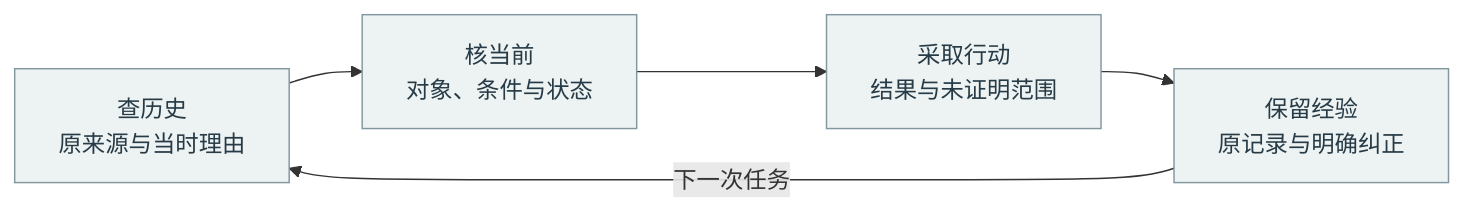
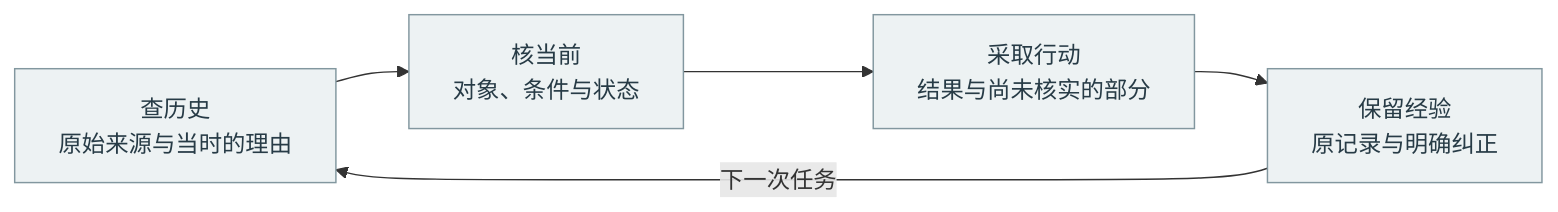
The diagram in diagrams/memory.mmd (HengYangDS/rethinking-work), drawn with Mermaid before and after one commit. The commit also changed 45 other files, not shown here.

```diff
--- a/diagrams/memory.mmd
+++ b/diagrams/memory.mmd
@@ -1,9 +1,9 @@
 flowchart LR
- A["查历史<br/>原来源与当时理由"] --> B["核当前<br/>对象、条件与状态"]
- B --> C["采取行动<br/>结果与未证明范围"]
+ A["查历史<br/>原始来源与当时的理由"] --> B["核当前<br/>对象、条件与状态"]
+ B --> C["采取行动<br/>结果与尚未核实的部分"]
  C --> D["保留经验<br/>原记录与明确纠正"]
  D -->|"下一次任务"| A
 
 classDef base fill:#edf2f3,stroke:#82979f,color:#273b46,stroke-width:1px;
 classDef focus fill:#273b46,stroke:#273b46,color:#ffffff,stroke-width:1px;
 class A,B,C,D base;
```
